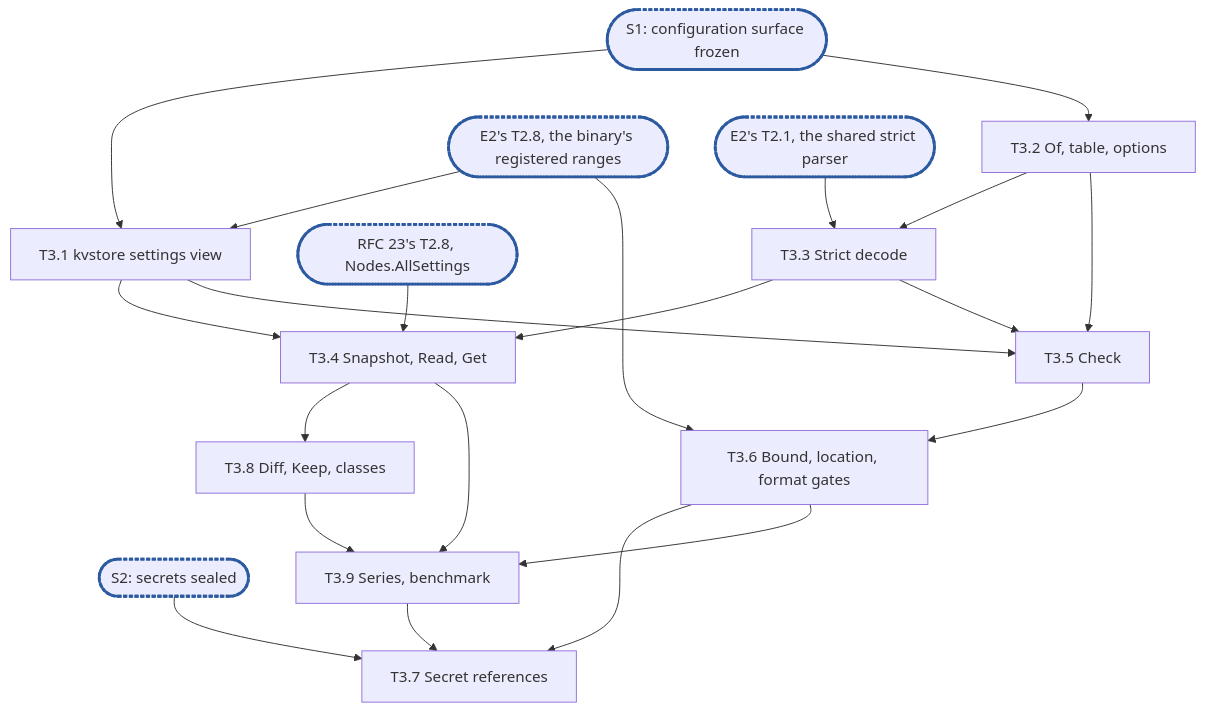
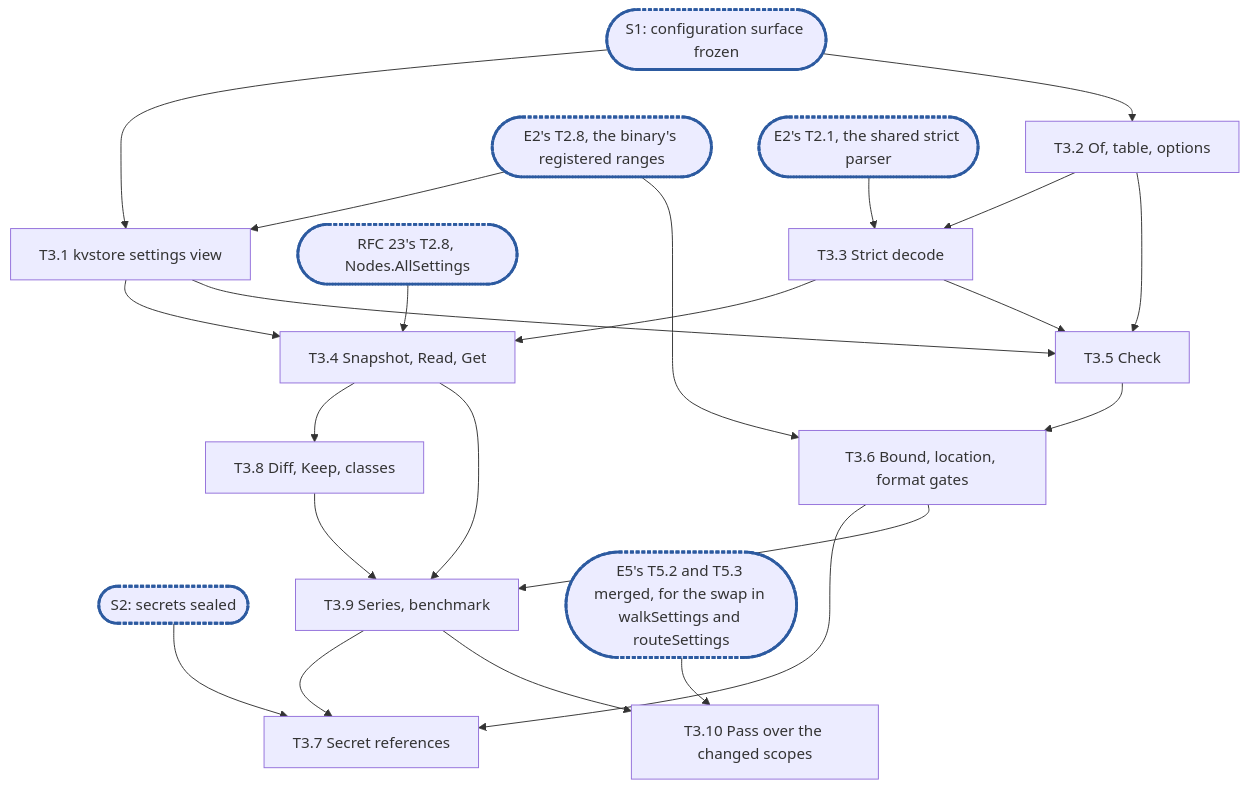
One commit to cubbit/dittofs changed the diagram in .planning/rfc-13-config-epic3.md. Above: the diagram before and after it, drawn with Mermaid. The commit also changed other lines of this file and 5 other files, not shown here.

````diff
--- a/.planning/rfc-13-config-epic3.md
+++ b/.planning/rfc-13-config-epic3.md
@@ -727,19 +832,21 @@
 ```mermaid
 flowchart TD
   S1(["S1: configuration surface frozen"]):::sync --> T3_1["T3.1 kvstore settings view"]
   S1 --> T3_2["T3.2 Of, table, options"]
   T2_8(["E2's T2.8, the binary's registered ranges"]):::sync --> T3_1
   T2_8 --> T3_6
   N2_8(["RFC 23's T2.8, Nodes.AllSettings"]):::sync --> T3_4
   T2_1(["E2's T2.1, the shared strict parser"]):::sync --> T3_3
   T3_2 --> T3_3["T3.3 Strict decode"]
   T3_1 & T3_3 --> T3_4["T3.4 Snapshot, Read, Get"]
   T3_1 & T3_2 & T3_3 --> T3_5["T3.5 Check"]
   T3_5 --> T3_6["T3.6 Bound, location, format gates"]
   S2(["S2: secrets sealed"]):::sync --> T3_7["T3.7 Secret references"]
   T3_6 --> T3_7
   T3_9 --> T3_7
   T3_4 --> T3_8["T3.8 Diff, Keep, classes"]
   T3_4 & T3_6 & T3_8 --> T3_9["T3.9 Series, benchmark"]
+  T3_9 --> T3_10["T3.10 Pass over the changed scopes"]
+  T5_2(["E5's T5.2 and T5.3 merged, for the swap in walkSettings and routeSettings"]):::sync --> T3_10
   classDef sync stroke:#2c5aa0,stroke-width:3px,stroke-dasharray:4 2
 ```
````
